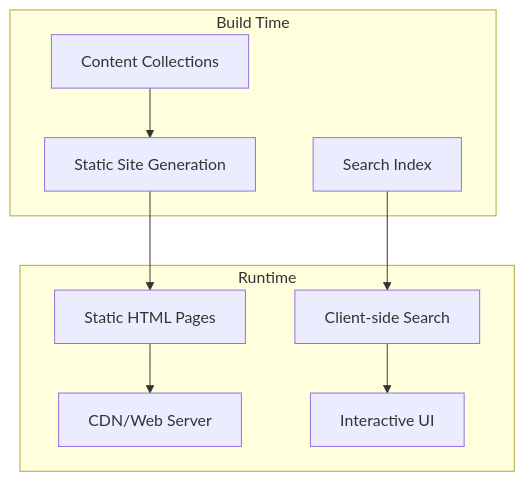
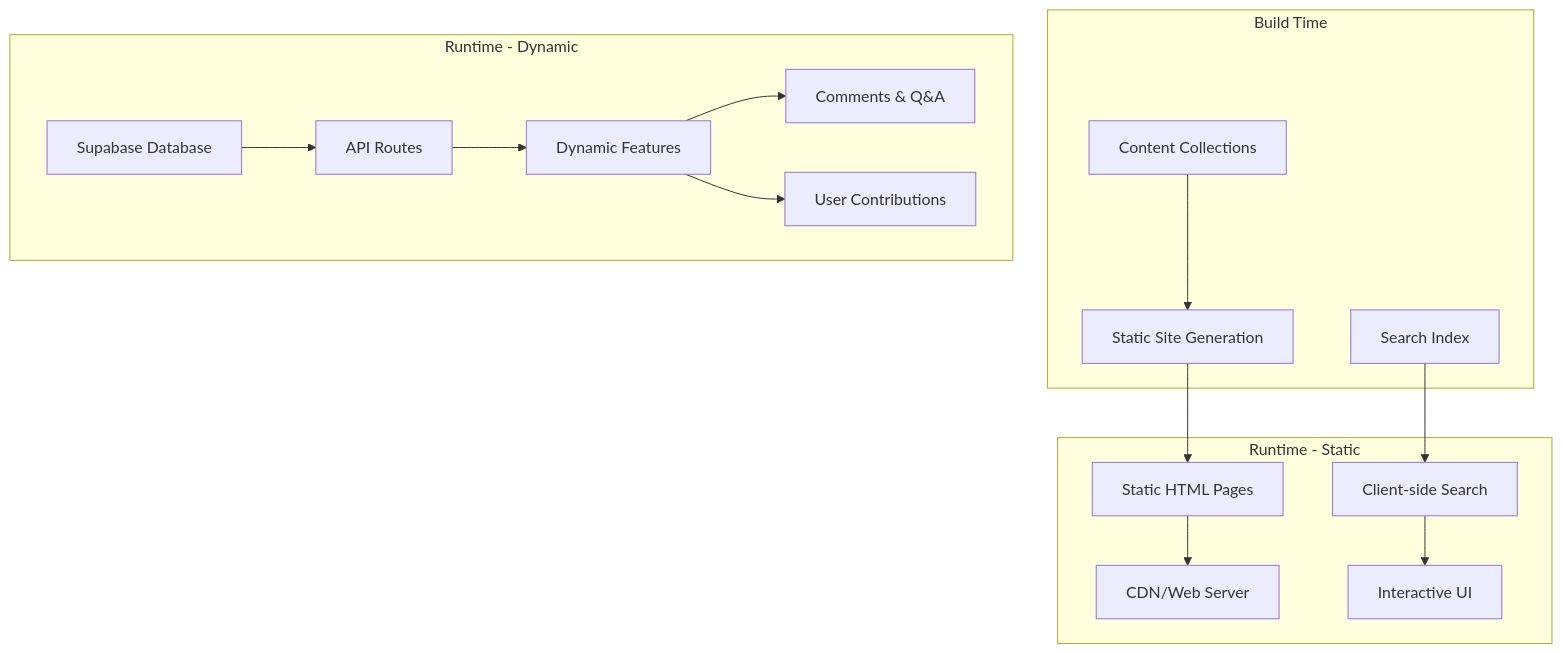
The diagram in .kiro/specs/developer-glossary/design.md (aif912752/tech-gloss), drawn with Mermaid before and after one commit. The commit also changed other lines of this file and 18 other files, not shown here.

````diff
--- a/.kiro/specs/developer-glossary/design.md
+++ b/.kiro/specs/developer-glossary/design.md
@@ -11,21 +11,34 @@
 ```mermaid
 graph TB
     A[Content Collections] --> B[Static Site Generation]
     B --> C[Static HTML Pages]
     C --> D[CDN/Web Server]
     E[Search Index] --> F[Client-side Search]
     F --> G[Interactive UI]
     
+    H[Supabase Database] --> I[API Routes]
+    I --> J[Dynamic Features]
+    J --> K[Comments & Q&A]
+    J --> L[User Contributions]
+    
     subgraph "Build Time"
         A
         B
         E
     end
     
-    subgraph "Runtime"
+    subgraph "Runtime - Static"
         C
         D
         F
         G
     end
+    
+    subgraph "Runtime - Dynamic"
+        H
+        I
+        J
+        K
+        L
+    end
 ```
````
